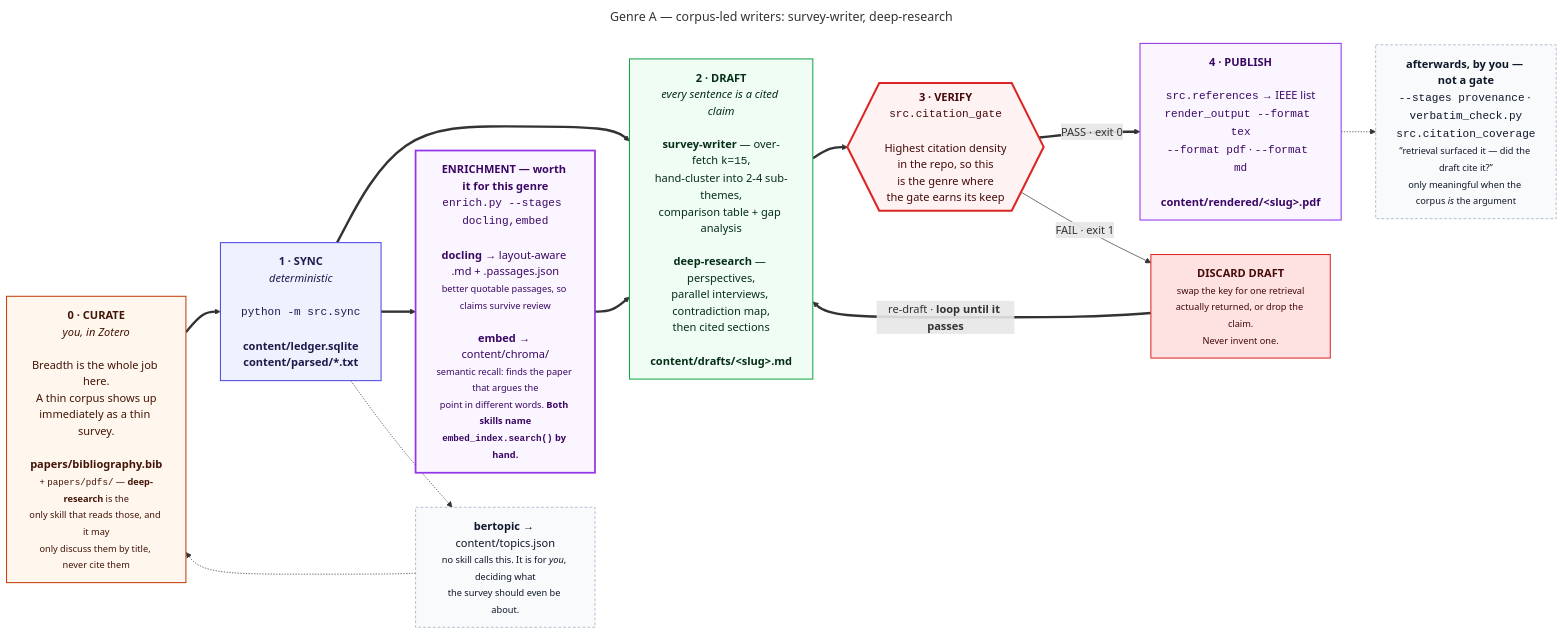
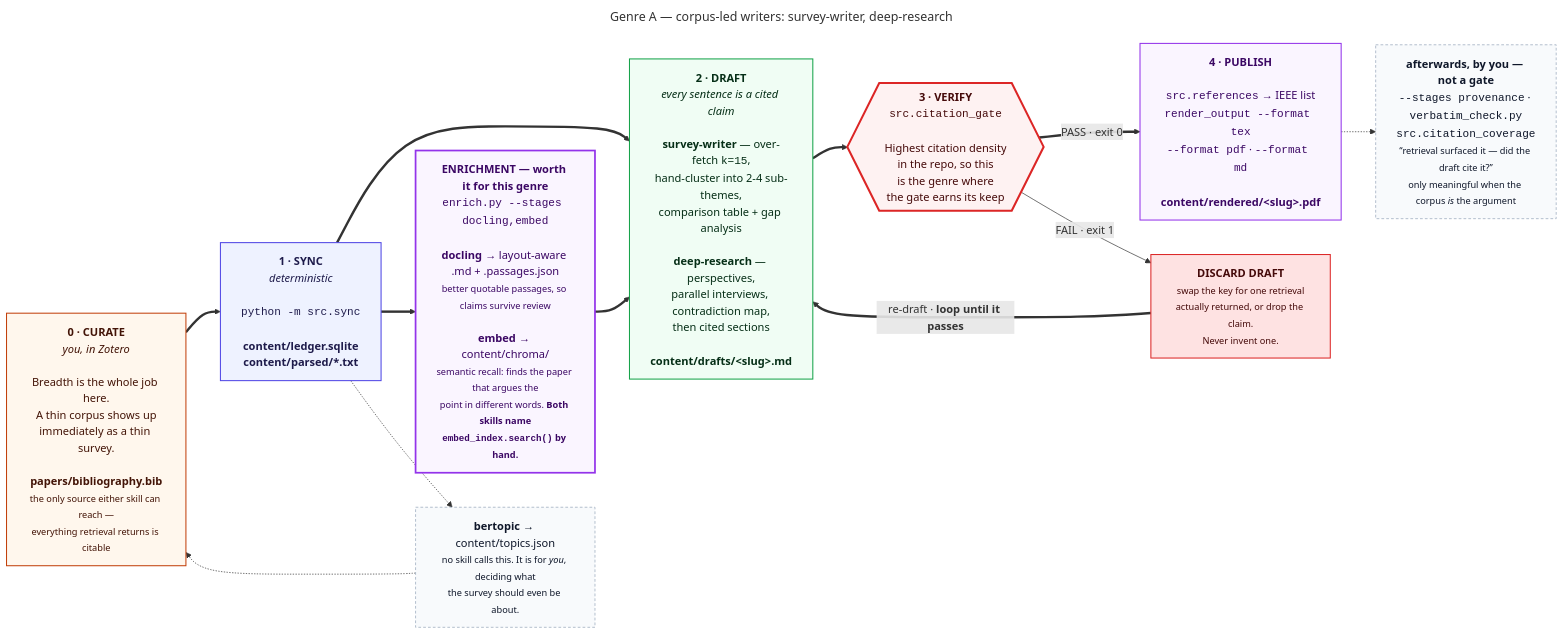
Before and after one commit to prasadtalasila/automated-research: the diagram in docs/diagrams/g1-corpus-led.mmd, drawn with Mermaid. The commit also changed 37 other files, not shown here.

```diff
--- a/docs/diagrams/g1-corpus-led.mmd
+++ b/docs/diagrams/g1-corpus-led.mmd
@@ -1,48 +1,48 @@
 ---
 title: "Genre A — corpus-led writers: survey-writer, deep-research"
 ---
 flowchart LR
 
-  P0["<b>0 · CURATE</b><br/><i>you, in Zotero</i><br/><br/>Breadth is the whole job here.<br/>A thin corpus shows up<br/>immediately as a thin survey.<br/><br/><b>papers/bibliography.bib</b><br/><small>+ <code>papers/pdfs/</code> — <b>deep-research</b> is the<br/>only skill that reads those, and it may<br/>only discuss them by title, never cite them</small>"]
+  P0["<b>0 · CURATE</b><br/><i>you, in Zotero</i><br/><br/>Breadth is the whole job here.<br/>A thin corpus shows up<br/>immediately as a thin survey.<br/><br/><b>papers/bibliography.bib</b><br/><small>the only source either skill can reach —<br/>everything retrieval returns is citable</small>"]
 
   P1["<b>1 · SYNC</b><br/><i>deterministic</i><br/><br/><code>python -m src.sync</code><br/><br/><b>content/ledger.sqlite</b><br/><b>content/parsed/*.txt</b>"]
 
   HEAVY["<b>ENRICHMENT — worth it for this genre</b><br/><code>enrich.py --stages docling,embed</code><br/><br/><b>docling</b> → layout-aware .md + .passages.json<br/><small>better quotable passages, so claims survive review</small><br/><br/><b>embed</b> → content/chroma/<br/><small>semantic recall: finds the paper that argues the<br/>point in different words. <b>Both skills name<br/><code>embed_index.search()</code> by hand.</b></small>"]
 
   P2["<b>2 · DRAFT</b><br/><i>every sentence is a cited claim</i><br/><br/><b>survey-writer</b> — over-fetch <code>k=15</code>,<br/>hand-cluster into 2-4 sub-themes,<br/>comparison table + gap analysis<br/><br/><b>deep-research</b> — perspectives,<br/>parallel interviews, contradiction map,<br/>then cited sections<br/><br/><b>content/drafts/&lt;slug&gt;.md</b>"]
 
   P3{{"<b>3 · VERIFY</b><br/><code>src.citation_gate</code><br/><br/>Highest citation density<br/>in the repo, so this<br/>is the genre where<br/>the gate earns its keep"}}
 
   FIX["<b>DISCARD DRAFT</b><br/><small>swap the key for one retrieval<br/>actually returned, or drop the claim.<br/>Never invent one.</small>"]
 
   P4["<b>4 · PUBLISH</b><br/><br/><code>src.references</code> → IEEE list<br/><code>render_output --format tex</code><br/><code>--format pdf</code> · <code>--format md</code><br/><br/><b>content/rendered/&lt;slug&gt;.pdf</b>"]
 
   AID["<b>afterwards, by you — not a gate</b><br/><code>--stages provenance</code> · <code>verbatim_check.py</code><br/><code>src.citation_coverage</code><br/><small>“retrieval surfaced it — did the draft cite it?”<br/>only meaningful when the corpus <i>is</i> the argument</small>"]
 
   BERT["<b>bertopic</b> → content/topics.json<br/><small>no skill calls this. It is for <i>you</i>, deciding what<br/>the survey should even be about.</small>"]
 
   P0 ==> P1 ==> P2 ==> P3
   P1 ==> HEAVY ==> P2
   P3 == "PASS · exit 0" ==> P4
   P3 -- "FAIL · exit 1" --> FIX
   FIX == "re-draft · <b>loop until it passes</b>" ==> P2
   P4 -.-> AID
   P1 -.-> BERT -.-> P0
 
   classDef you fill:#fff7ed,stroke:#c2410c,stroke-width:1.5px,color:#431407
   classDef det fill:#eef2ff,stroke:#4f46e5,stroke-width:1.5px,color:#1e1b4b
   classDef gen fill:#f0fdf4,stroke:#16a34a,stroke-width:1.5px,color:#052e16
   classDef gate fill:#fef2f2,stroke:#dc2626,stroke-width:3px,color:#450a0a
   classDef out fill:#faf5ff,stroke:#9333ea,stroke-width:1.5px,color:#3b0764
   classDef bad fill:#fee2e2,stroke:#dc2626,stroke-width:1.5px,color:#450a0a
   classDef heavy fill:#faf5ff,stroke:#9333ea,stroke-width:2.5px,color:#3b0764
   classDef aid fill:#f8fafc,stroke:#94a3b8,stroke-dasharray:4 3,color:#0f172a
 
   class P0 you
   class P1 det
   class P2 gen
   class P3 gate
   class P4 out
   class FIX bad
   class HEAVY heavy
   class AID,BERT aid
```
